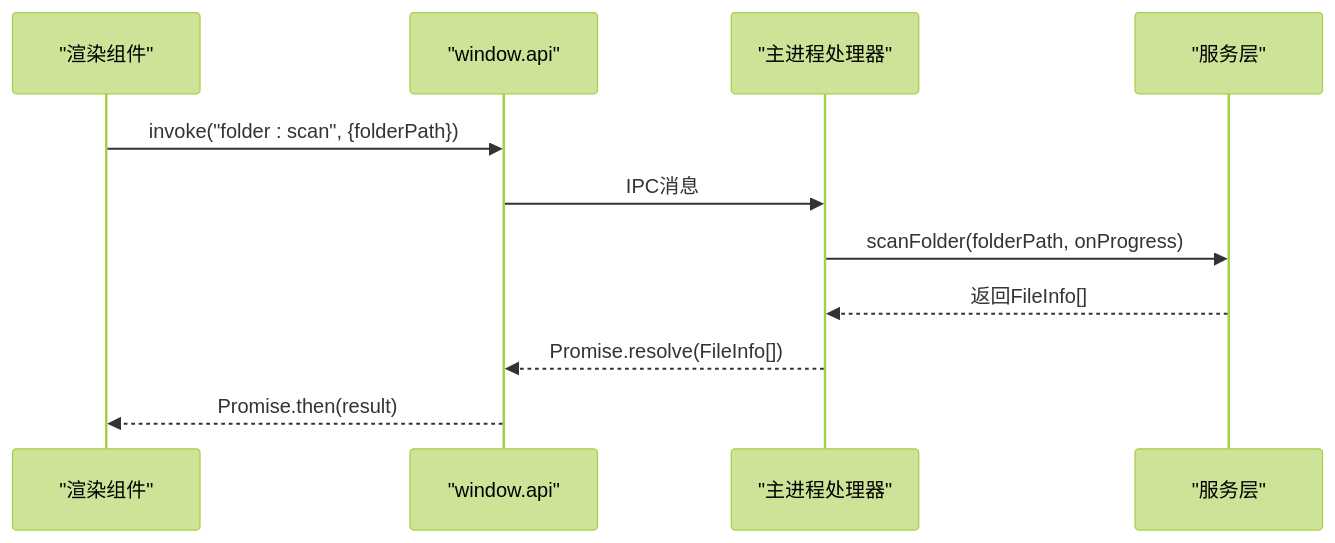
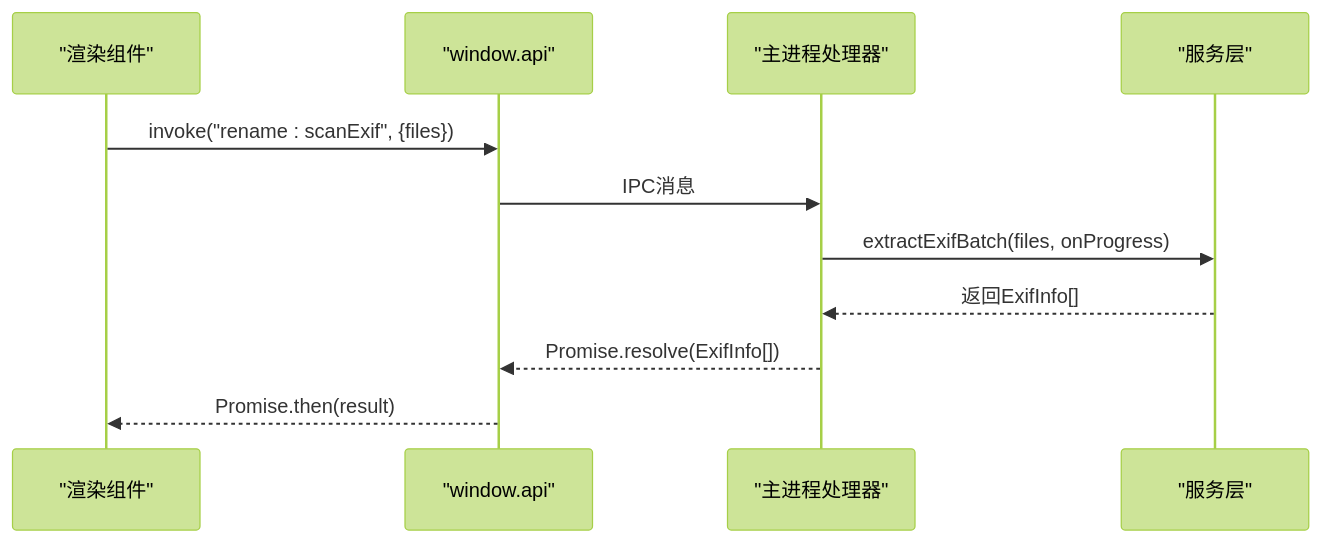
One commit to remgasuki/ReDoPhoto changed the fourth of 10 diagrams in .qoder/repowiki/zh/content/IPC通信层/IPC通信层.md. Above: the diagram before and after it, drawn with Mermaid (forest theme). The commit also changed other lines of this file and 10 other files, not shown here.

````diff
--- a/.qoder/repowiki/zh/content/IPC通信层/IPC通信层.md
+++ b/.qoder/repowiki/zh/content/IPC通信层/IPC通信层.md
@@ -201,13 +235,13 @@
 ```mermaid
 sequenceDiagram
 participant UI as "渲染组件"
 participant API as "window.api"
 participant Main as "主进程处理器"
 participant Svc as "服务层"
-UI->>API : invoke("folder : scan", {folderPath})
+UI->>API : invoke("rename : scanExif", {files})
 API->>Main : IPC消息
-Main->>Svc : scanFolder(folderPath, onProgress)
-Svc-->>Main : 返回FileInfo[]
-Main-->>API : Promise.resolve(FileInfo[])
+Main->>Svc : extractExifBatch(files, onProgress)
+Svc-->>Main : 返回ExifInfo[]
+Main-->>API : Promise.resolve(ExifInfo[])
 API-->>UI : Promise.then(result)
 ```
````
